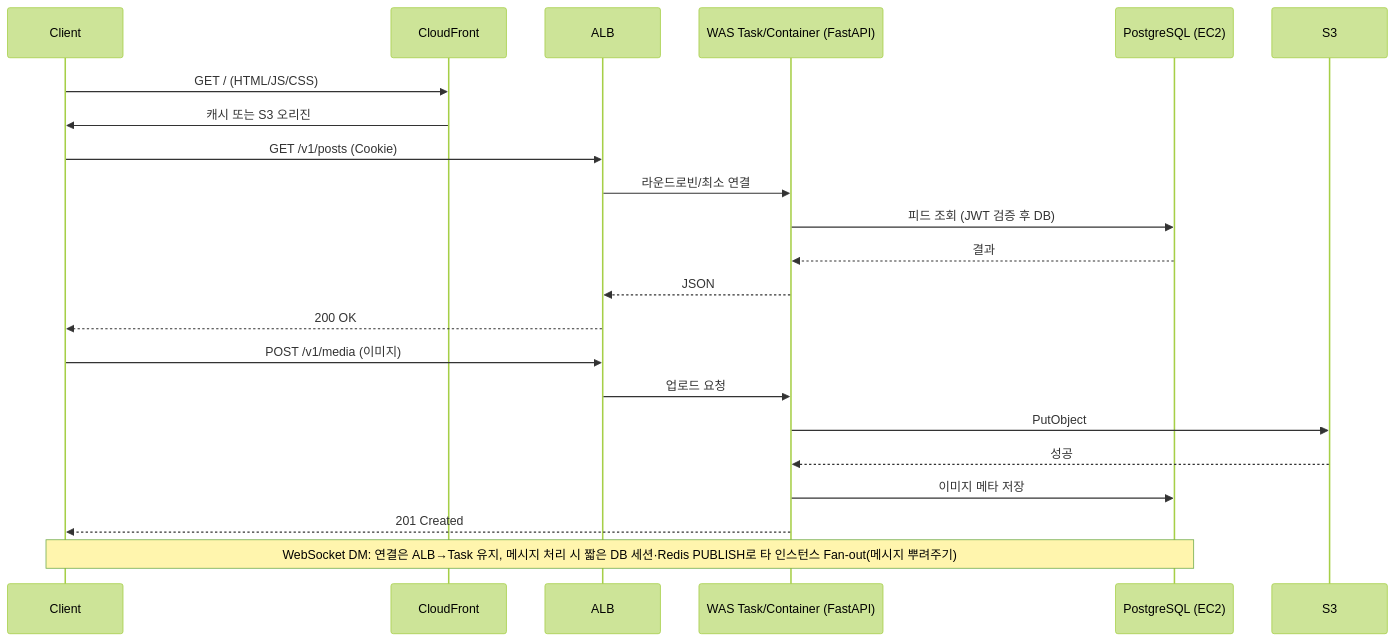
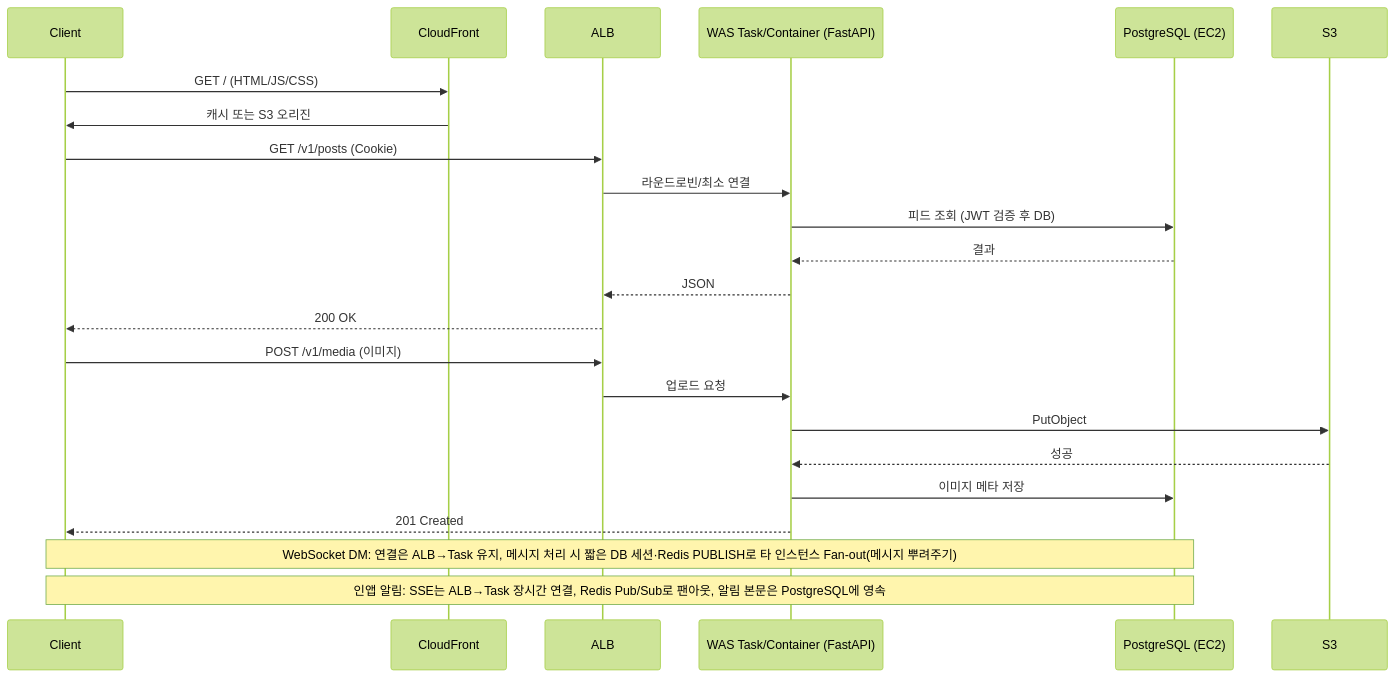
Before and after one commit to kyjness/2-kyjness-community-be: the fifth of 6 diagrams in docs/infrastructure-reliability-design.md, drawn with Mermaid (forest theme). The commit also changed other lines of this file and 7 other files, not shown here.

````diff
--- a/docs/infrastructure-reliability-design.md
+++ b/docs/infrastructure-reliability-design.md
@@ -271,28 +301,29 @@
 ```mermaid
 sequenceDiagram
     participant C as Client
     participant CF as CloudFront
     participant ALB as ALB
     participant WAS as WAS Task/Container (FastAPI)
     participant PG as PostgreSQL (EC2)
     participant S3 as S3
 
     C->>CF: GET / (HTML/JS/CSS)
     CF->>C: 캐시 또는 S3 오리진
 
     C->>ALB: GET /v1/posts (Cookie)
     ALB->>WAS: 라운드로빈/최소 연결
     WAS->>PG: 피드 조회 (JWT 검증 후 DB)
     PG-->>WAS: 결과
     WAS-->>ALB: JSON
     ALB-->>C: 200 OK
 
     C->>ALB: POST /v1/media (이미지)
     ALB->>WAS: 업로드 요청
     WAS->>S3: PutObject
     S3-->>WAS: 성공
     WAS->>PG: 이미지 메타 저장
     WAS-->>C: 201 Created
 
     Note over C,PG: WebSocket DM: 연결은 ALB→Task 유지, 메시지 처리 시 짧은 DB 세션·Redis PUBLISH로 타 인스턴스 Fan-out(메시지 뿌려주기)
+    Note over C,PG: 인앱 알림: SSE는 ALB→Task 장시간 연결, Redis Pub/Sub로 팬아웃, 알림 본문은 PostgreSQL에 영속
 ```
````
